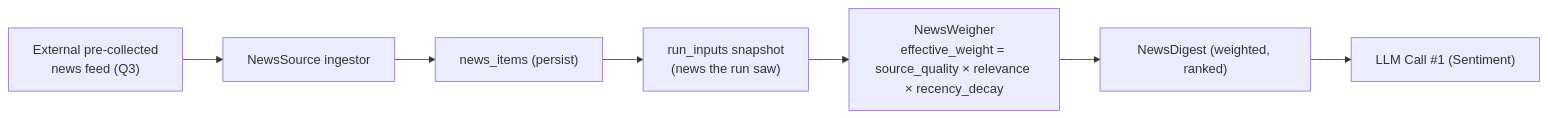
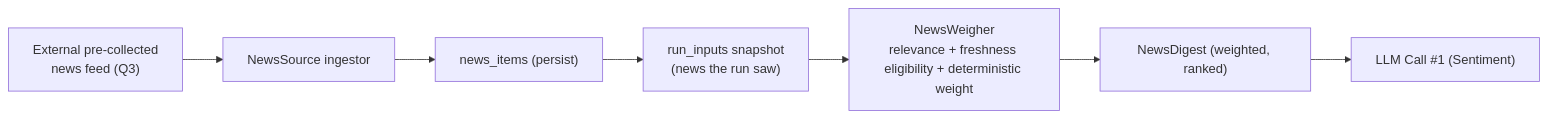
Before and after one commit to mohammad067/tread-agent: the third of 7 diagrams in docs/architecture/pipelines.md, drawn with Mermaid. The commit also changed other lines of this file and 29 other files, not shown here.

````diff
--- a/docs/architecture/pipelines.md
+++ b/docs/architecture/pipelines.md
@@ -84,9 +85,9 @@
 ```mermaid
 graph LR
   FEED["External pre-collected<br/>news feed (Q3)"] --> NS["NewsSource ingestor"]
   NS --> NI["news_items (persist)"]
   NI --> SNAP["run_inputs snapshot<br/>(news the run saw)"]
-  SNAP --> NW["NewsWeigher<br/>effective_weight = source_quality × relevance × recency_decay"]
+  SNAP --> NW["NewsWeigher<br/>relevance + freshness eligibility + deterministic weight"]
   NW --> DIG["NewsDigest (weighted, ranked)"]
   DIG --> L1["LLM Call #1 (Sentiment)"]
 ```
````
